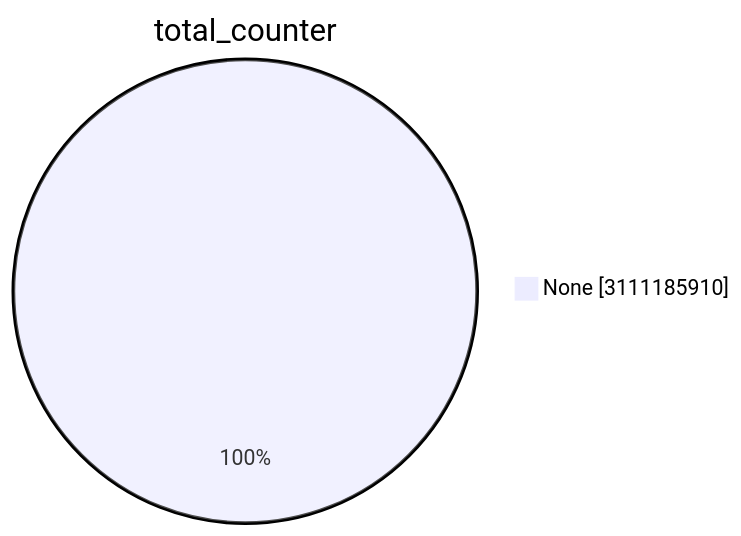
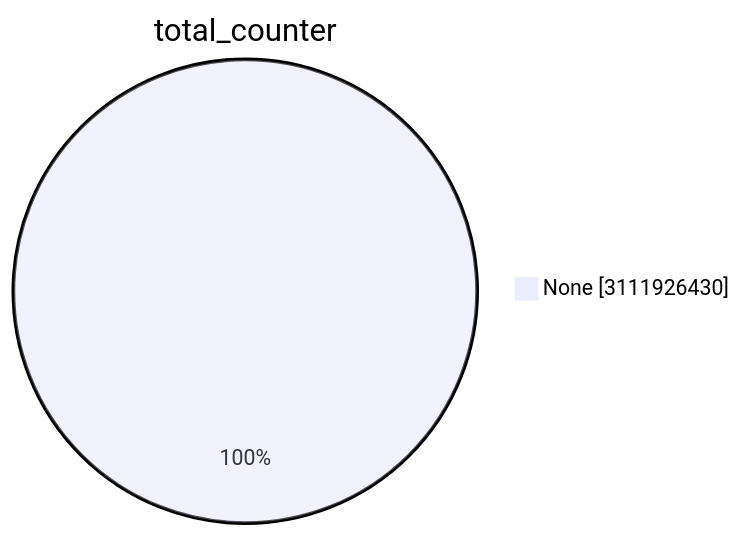
One commit to christiankrug/ctmonitor_visualization changed the first of 15 diagrams in TOTAL/README.md. Above: the diagram before and after it, drawn with Mermaid. The commit also changed other lines of this file, not shown here.

````diff
--- a/TOTAL/README.md
+++ b/TOTAL/README.md
@@ -1,5 +1,5 @@
 ```mermaid
 pie showData
 title total_counter
-"None" :3111185910
+"None" :3111926430
 ```
````
